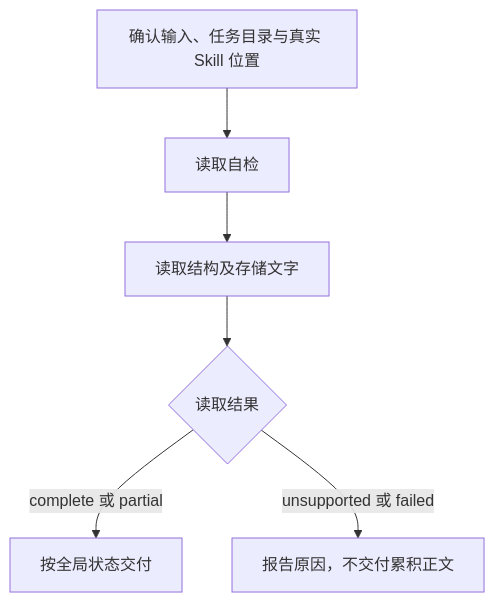
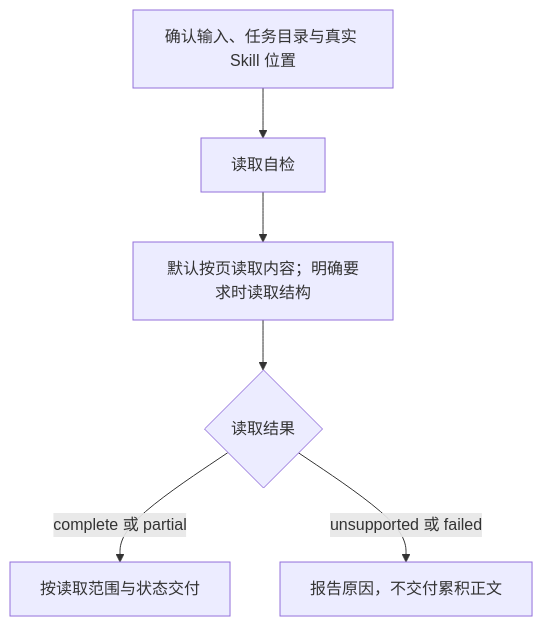
The second of 2 diagrams in docs/skills/ofd.md (JohnParken/PSL-SKILLS), drawn with Mermaid before and after one commit. The commit also changed other lines of this file and 28 other files, not shown here.

````diff
--- a/docs/skills/ofd.md
+++ b/docs/skills/ofd.md
@@ -49,8 +56,8 @@
 ```mermaid
 flowchart TD
     A["确认输入、任务目录与真实 Skill 位置"] --> C["读取自检"]
-    C --> D["读取结构及存储文字"]
+    C --> D["默认按页读取内容；明确要求时读取结构"]
     D --> E{"读取结果"}
-    E -->|"complete 或 partial"| F["按全局状态交付"]
+    E -->|"complete 或 partial"| F["按读取范围与状态交付"]
     E -->|"unsupported 或 failed"| G["报告原因，不交付累积正文"]
 ```
````
